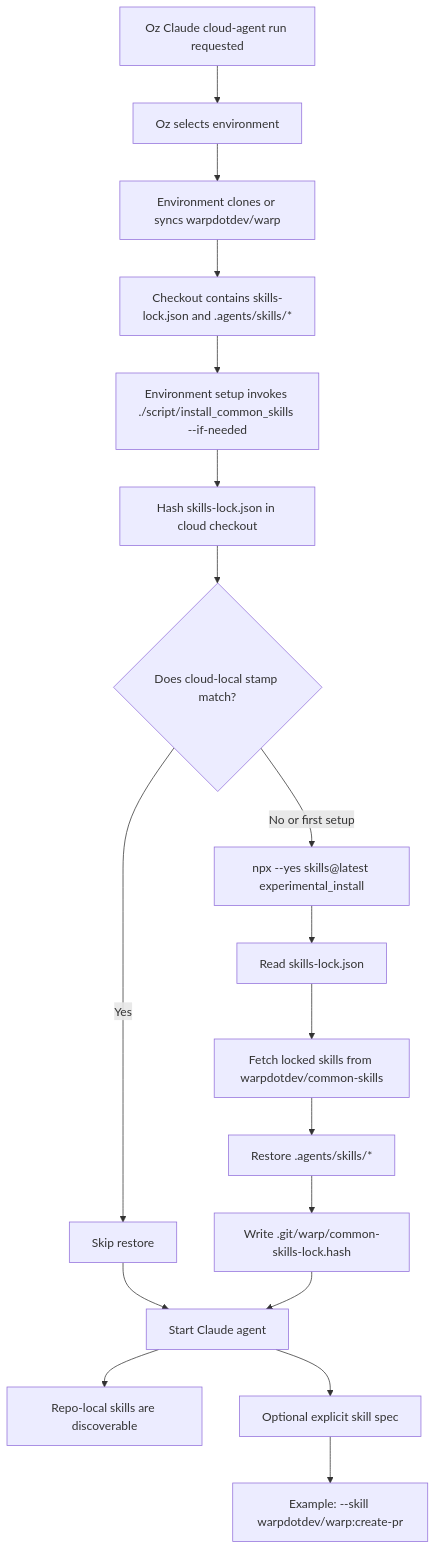
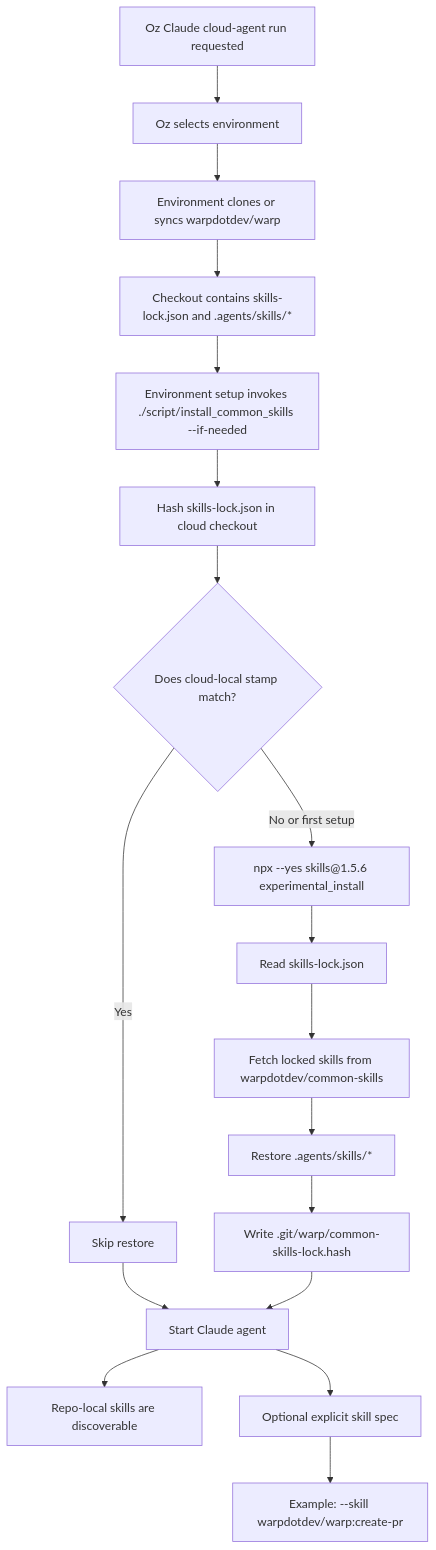
One commit to warpdotdev/Warp changed the second of 2 diagrams in specs/common-skills-installation/TECH.md. Above: the diagram before and after it, drawn with Mermaid. The commit also changed other lines of this file and 3 other files, not shown here.

````diff
--- a/specs/common-skills-installation/TECH.md
+++ b/specs/common-skills-installation/TECH.md
@@ -41,23 +41,23 @@
 ```mermaid
 flowchart TD
   A["Oz Claude cloud-agent run requested"] --> B["Oz selects environment"]
   B --> C["Environment clones or syncs warpdotdev/warp"]
   C --> D["Checkout contains skills-lock.json and .agents/skills/*"]
 
   D --> E["Environment setup invokes ./script/install_common_skills --if-needed"]
   E --> F["Hash skills-lock.json in cloud checkout"]
   F --> G{"Does cloud-local stamp match?"}
 
   G -->|Yes| H["Skip restore"]
-  G -->|No or first setup| I["npx --yes skills@latest experimental_install"]
+  G -->|No or first setup| I["npx --yes skills@1.5.6 experimental_install"]
   I --> J["Read skills-lock.json"]
   J --> K["Fetch locked skills from warpdotdev/common-skills"]
   K --> L["Restore .agents/skills/*"]
   L --> M["Write .git/warp/common-skills-lock.hash"]
 
   H --> N["Start Claude agent"]
   M --> N
   N --> O["Repo-local skills are discoverable"]
   N --> P["Optional explicit skill spec"]
   P --> Q["Example: --skill warpdotdev/warp:create-pr"]
 ```
````
